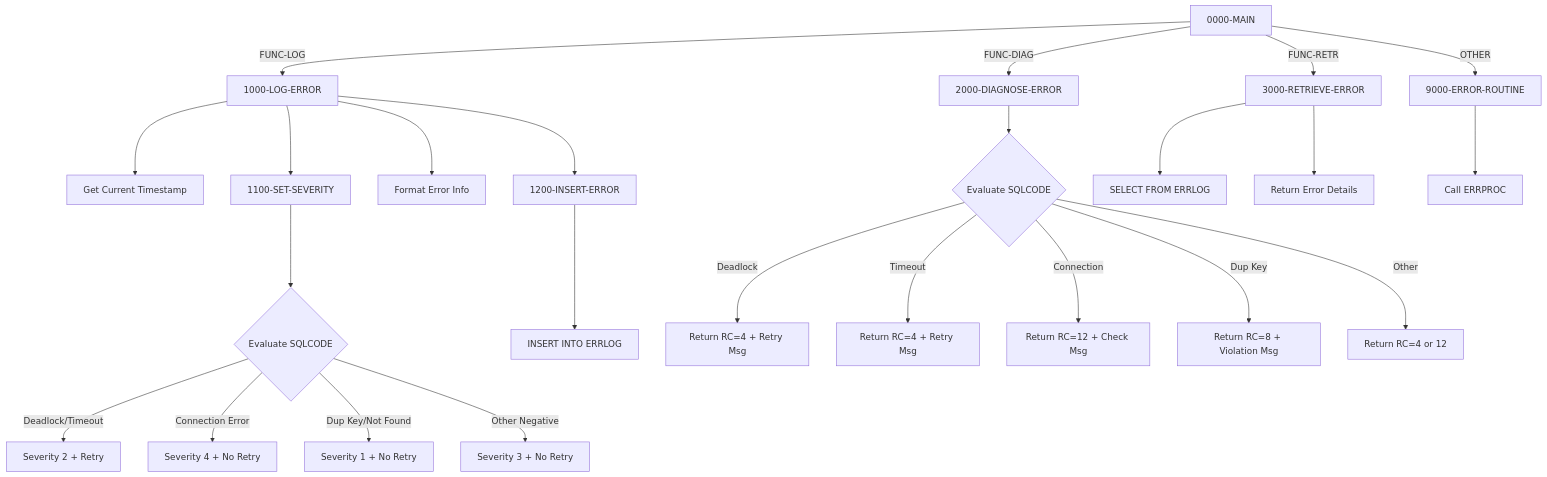
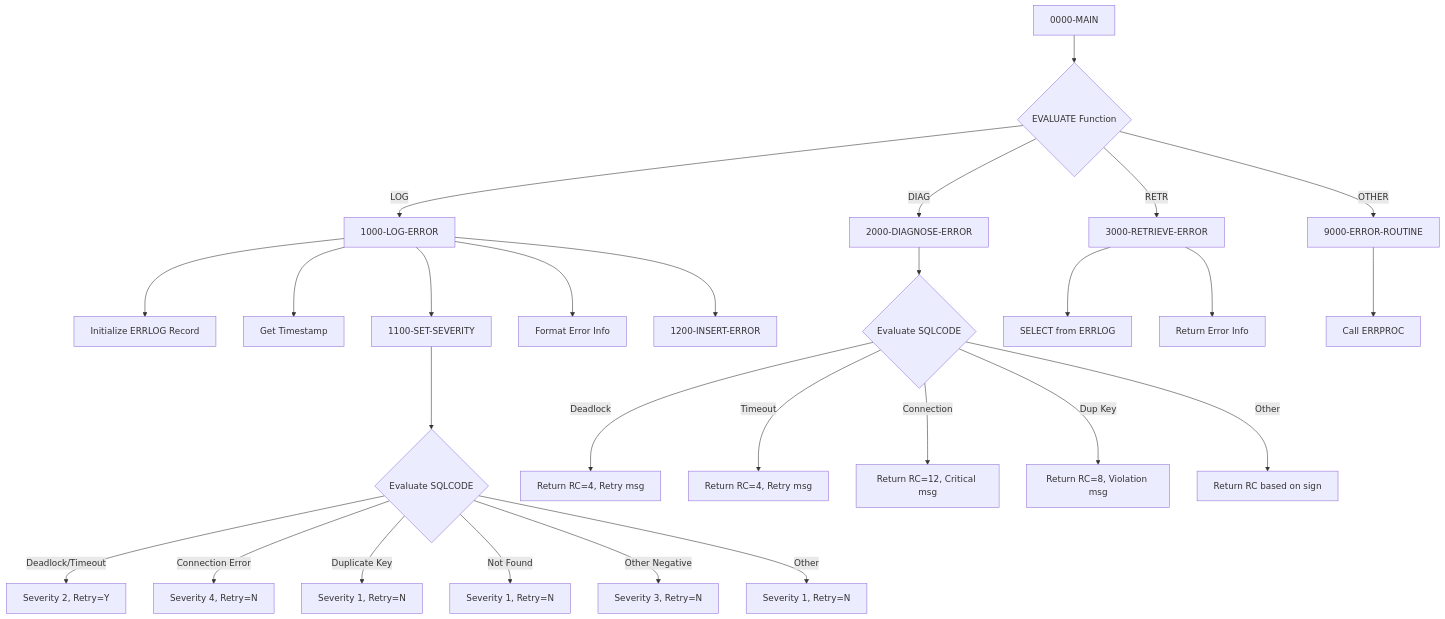
The diagram in docs/programs/DB2ERR.mdx (haladir-com/legacy-benchmark-docs-vb70e1), drawn with Mermaid before and after one commit. The commit also changed other lines of this file and 63 other files, not shown here.

````diff
--- a/docs/programs/DB2ERR.mdx
+++ b/docs/programs/DB2ERR.mdx
@@ -18,32 +16,34 @@
 ```mermaid
 graph TD
-    A[0000-MAIN] -->|FUNC-LOG| B[1000-LOG-ERROR]
-    A -->|FUNC-DIAG| C[2000-DIAGNOSE-ERROR]
-    A -->|FUNC-RETR| D[3000-RETRIEVE-ERROR]
-    A -->|OTHER| E[9000-ERROR-ROUTINE]
+    A[0000-MAIN] --> B{EVALUATE Function}
+    B -->|LOG| C[1000-LOG-ERROR]
+    B -->|DIAG| D[2000-DIAGNOSE-ERROR]
+    B -->|RETR| E[3000-RETRIEVE-ERROR]
+    B -->|OTHER| F[9000-ERROR-ROUTINE]
     
-    B --> B1[Get Current Timestamp]
-    B --> B2[1100-SET-SEVERITY]
-    B --> B3[Format Error Info]
-    B --> B4[1200-INSERT-ERROR]
+    C --> C1[Initialize ERRLOG Record]
+    C --> C2[Get Timestamp]
+    C --> C3[1100-SET-SEVERITY]
+    C --> C4[Format Error Info]
+    C --> C5[1200-INSERT-ERROR]
     
-    B2 --> B2A{Evaluate SQLCODE}
-    B2A -->|Deadlock/Timeout| B2B[Severity 2 + Retry]
-    B2A -->|Connection Error| B2C[Severity 4 + No Retry]
-    B2A -->|Dup Key/Not Found| B2D[Severity 1 + No Retry]
-    B2A -->|Other Negative| B2E[Severity 3 + No Retry]
+    C3 --> C3a{Evaluate SQLCODE}
+    C3a -->|Deadlock/Timeout| C3b[Severity 2, Retry=Y]
+    C3a -->|Connection Error| C3c[Severity 4, Retry=N]
+    C3a -->|Duplicate Key| C3d[Severity 1, Retry=N]
+    C3a -->|Not Found| C3e[Severity 1, Retry=N]
+    C3a -->|Other Negative| C3f[Severity 3, Retry=N]
+    C3a -->|Other| C3g[Severity 1, Retry=N]
     
-    B4 --> B4A[INSERT INTO ERRLOG]
+    D --> D1{Evaluate SQLCODE}
+    D1 -->|Deadlock| D2[Return RC=4, Retry msg]
+    D1 -->|Timeout| D3[Return RC=4, Retry msg]
+    D1 -->|Connection| D4[Return RC=12, Critical msg]
+    D1 -->|Dup Key| D5[Return RC=8, Violation msg]
+    D1 -->|Other| D6[Return RC based on sign]
     
-    C --> C1{Evaluate SQLCODE}
-    C1 -->|Deadlock| C2[Return RC=4 + Retry Msg]
-    C1 -->|Timeout| C3[Return RC=4 + Retry Msg]
-    C1 -->|Connection| C4[Return RC=12 + Check Msg]
-    C1 -->|Dup Key| C5[Return RC=8 + Violation Msg]
-    C1 -->|Other| C6[Return RC=4 or 12]
+    E --> E1[SELECT from ERRLOG]
+    E --> E2[Return Error Info]
     
-    D --> D1[SELECT FROM ERRLOG]
-    D --> D2[Return Error Details]
-    
-    E --> E1[Call ERRPROC]
+    F --> F1[Call ERRPROC]
 ```
````
